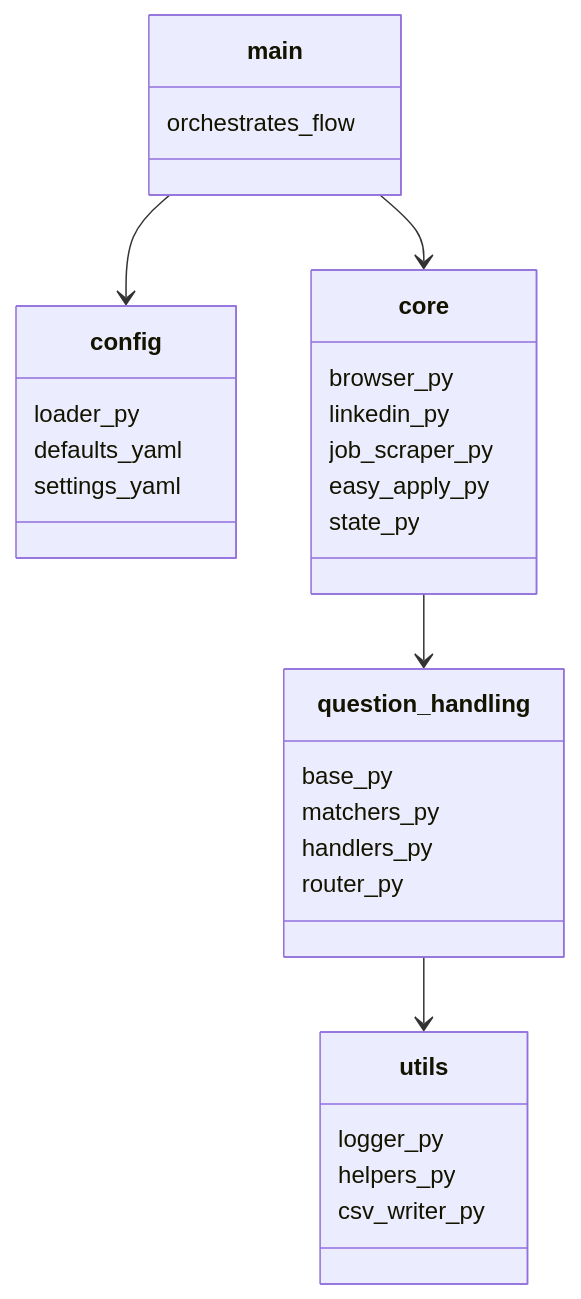
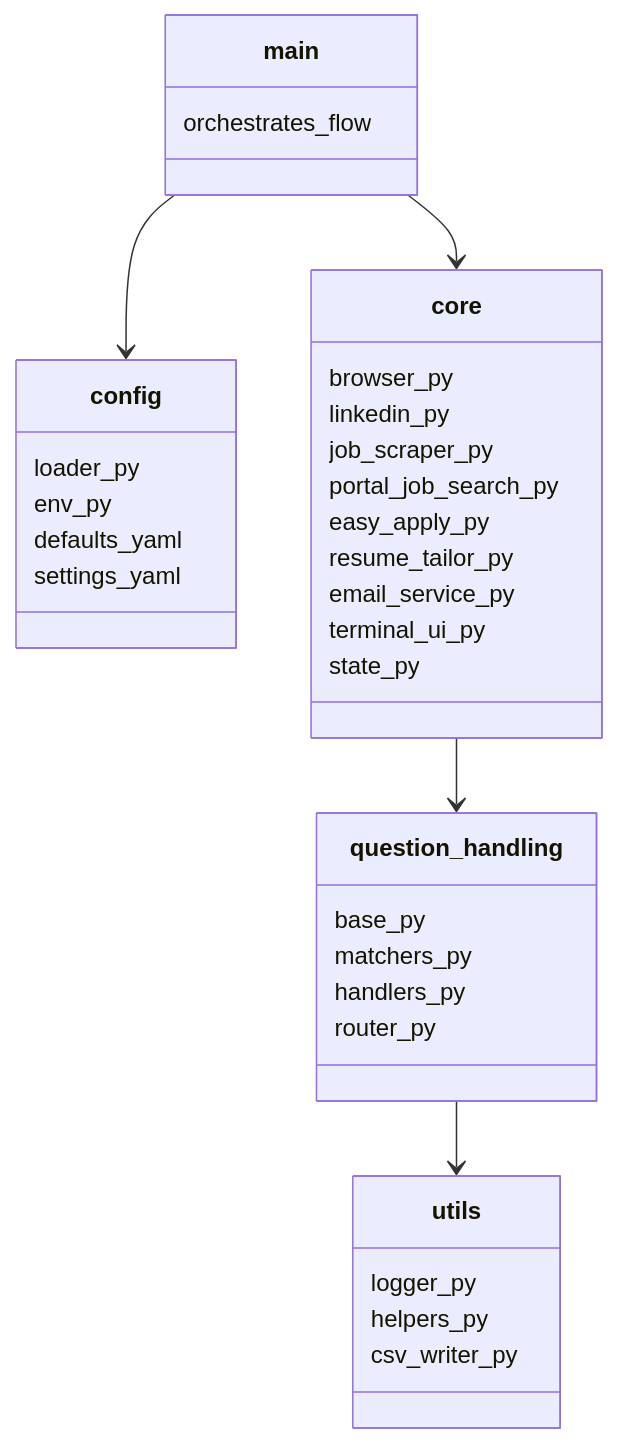
One commit to Kennny7/AutoJobApplier-LinkedIn changed the second of 2 diagrams in README.md. Above: the diagram before and after it, drawn with Mermaid. The commit also changed other lines of this file, not shown here.

Commit message:
feat: Update README.md with new features and installation instructions, including dynamic job discovery and email dispatch

````diff
--- a/README.md
+++ b/README.md
@@ -418,38 +317,43 @@
 ```mermaid
 classDiagram
 class main {
   orchestrates_flow
 }
 
 class config {
   loader_py
+  env_py
   defaults_yaml
   settings_yaml
 }
 
 class core {
   browser_py
   linkedin_py
   job_scraper_py
+  portal_job_search_py
   easy_apply_py
+  resume_tailor_py
+  email_service_py
+  terminal_ui_py
   state_py
 }
 
 class question_handling {
   base_py
   matchers_py
   handlers_py
   router_py
 }
 
 class utils {
   logger_py
   helpers_py
   csv_writer_py
 }
 
 main --> config
 main --> core
 core --> question_handling
 question_handling --> utils
 ```
````
